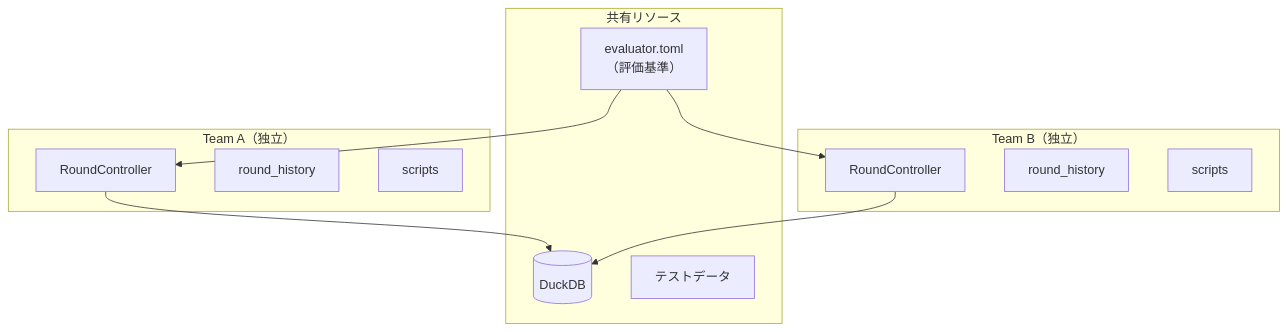
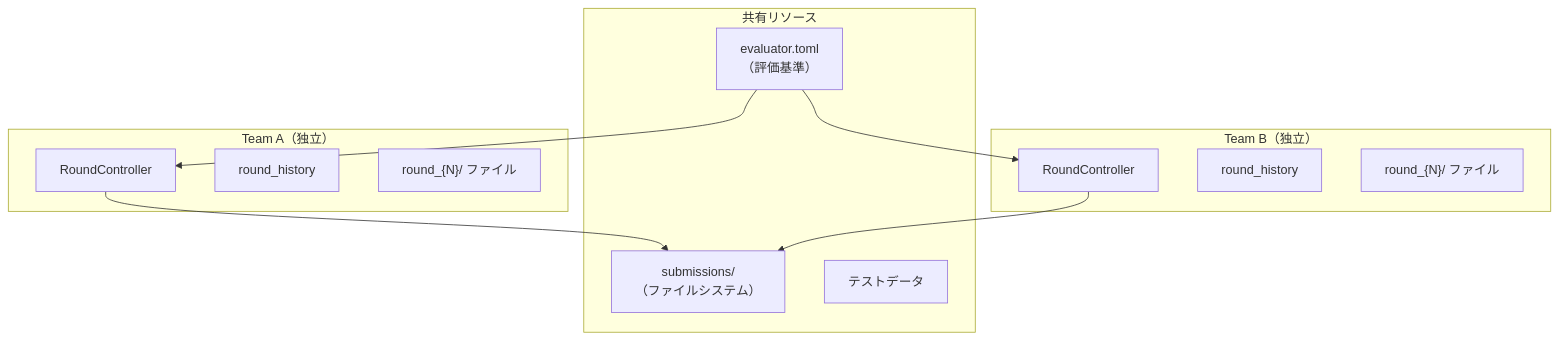
The second of 2 diagrams in docs/execution-guide.md (drillan/mixseek-quant-insight-plus), drawn with Mermaid before and after one commit. The commit also changed other lines of this file and 10 other files, not shown here.

````diff
--- a/docs/execution-guide.md
+++ b/docs/execution-guide.md
@@ -209,25 +209,25 @@
 ```{mermaid}
 flowchart TB
     subgraph Shared["共有リソース"]
         EV["evaluator.toml<br>（評価基準）"]
-        DB[(DuckDB)]
+        FS["submissions/<br>（ファイルシステム）"]
         TD["テストデータ"]
     end
 
     subgraph TeamA["Team A（独立）"]
         RC1["RoundController"]
         RH1["round_history"]
-        S1["scripts"]
+        S1["round_{N}/ ファイル"]
     end
 
     subgraph TeamB["Team B（独立）"]
         RC2["RoundController"]
         RH2["round_history"]
-        S2["scripts"]
+        S2["round_{N}/ ファイル"]
     end
 
     EV --> RC1
     EV --> RC2
-    RC1 --> DB
-    RC2 --> DB
+    RC1 --> FS
+    RC2 --> FS
 ```
````
